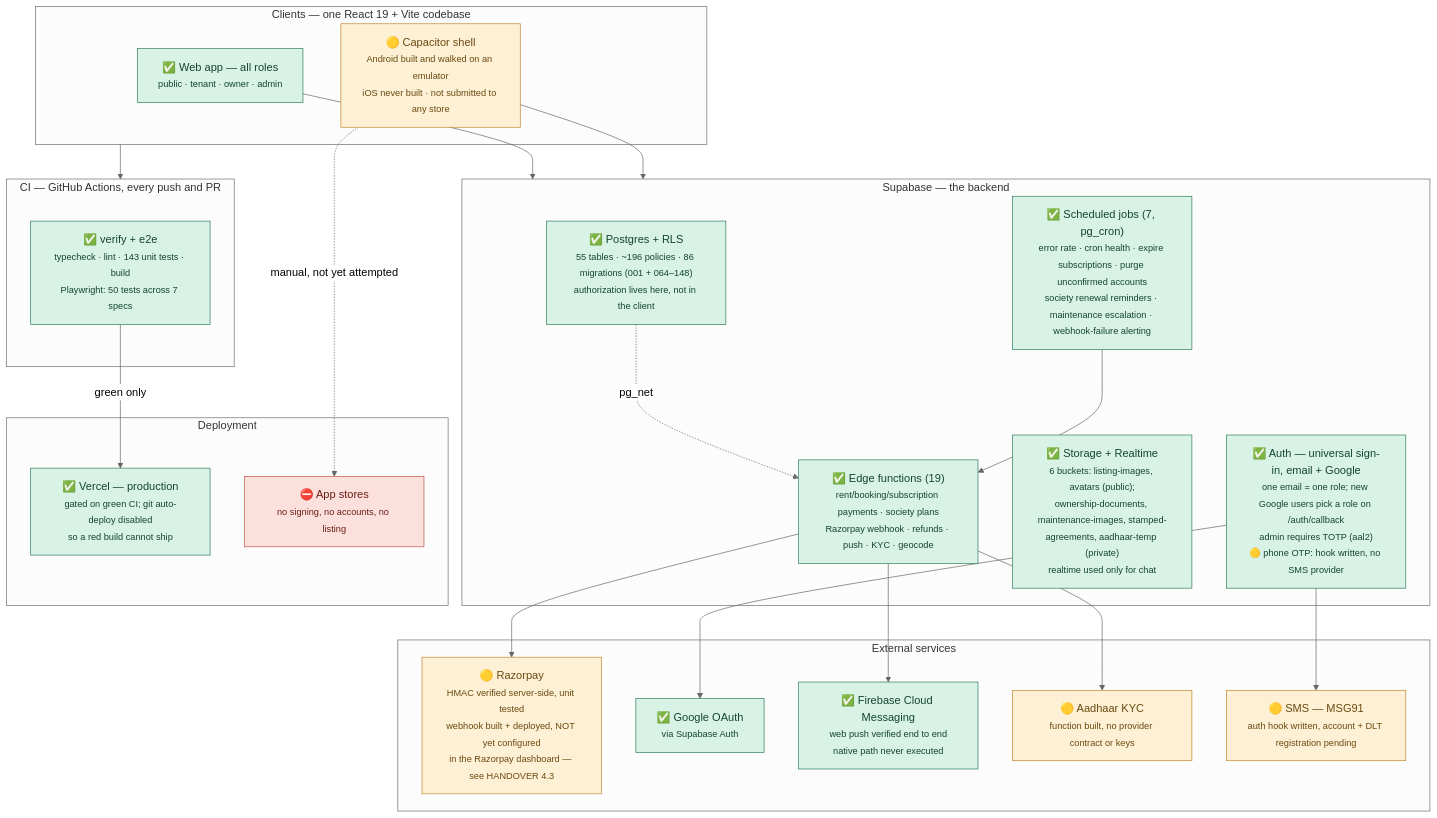
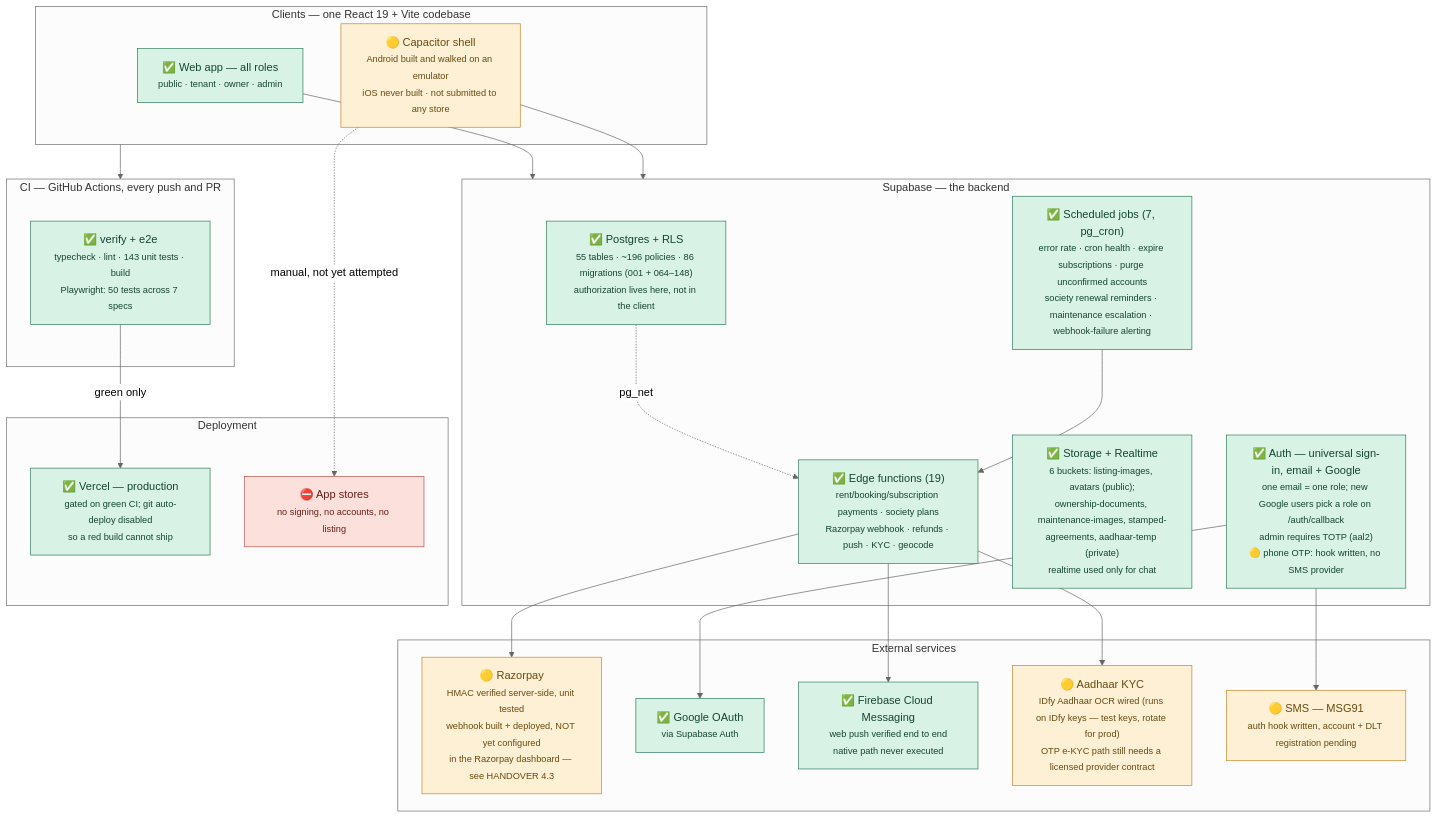
The first of 2 diagrams in ARCHITECTURE.md (skcheguri/Bhavan), drawn with Mermaid (neutral theme) before and after one commit. The commit also changed 1 other file, not shown here.

Commit message:
Docs: correct Aadhaar KYC status — IDfy OCR is wired
The ARCHITECTURE diagram and WORKFLOWS still said Aadhaar had "no provider
contract or keys" / "is not actually live". The aadhaar-verify function has
two modes: `ocr` (IDfy Aadhaar OCR — fully wired, runs once IDFY_ACCOUNT_ID
+ IDFY_API_KEY are set; works on IDfy self-serve test keys today, rotate for
prod) and `otp` (UIDAI OTP e-KYC, which still needs a licensed provider
contract). Updated both docs to say so. HANDOVER §4.3 already described this
correctly.

````diff
--- a/ARCHITECTURE.md
+++ b/ARCHITECTURE.md
@@ -9,52 +9,52 @@
 ```mermaid
 flowchart TD
   subgraph CLIENT["Clients — one React 19 + Vite codebase"]
     WEB["✅ Web app — all roles<br/><small>public · tenant · owner · admin</small>"]
     CAP["🟡 Capacitor shell<br/><small>Android built and walked on an emulator<br/>iOS never built · not submitted to any store</small>"]
   end
 
   subgraph SUPA["Supabase — the backend"]
     DB["✅ Postgres + RLS<br/><small>55 tables · ~196 policies · 86 migrations (001 + 064–148)<br/>authorization lives here, not in the client</small>"]
     AUTH["✅ Auth — universal sign-in, email + Google<br/><small>one email = one role; new Google users pick a role on /auth/callback<br/>admin requires TOTP (aal2)<br/>🟡 phone OTP: hook written, no SMS provider</small>"]
     STORE["✅ Storage + Realtime<br/><small>6 buckets: listing-images, avatars (public);<br/>ownership-documents, maintenance-images, stamped-agreements, aadhaar-temp (private)<br/>realtime used only for chat</small>"]
     FN["✅ Edge functions (19)<br/><small>rent/booking/subscription payments · society plans<br/>Razorpay webhook · refunds · push · KYC · geocode</small>"]
     CRON["✅ Scheduled jobs (7, pg_cron)<br/><small>error rate · cron health · expire subscriptions · purge unconfirmed accounts<br/>society renewal reminders · maintenance escalation · webhook-failure alerting</small>"]
   end
 
   subgraph EXT["External services"]
     RZP["🟡 Razorpay<br/><small>HMAC verified server-side, unit tested<br/>webhook built + deployed, NOT yet configured<br/>in the Razorpay dashboard — see HANDOVER 4.3</small>"]
     GOOG["✅ Google OAuth<br/><small>via Supabase Auth</small>"]
     FCM["✅ Firebase Cloud Messaging<br/><small>web push verified end to end<br/>native path never executed</small>"]
-    AADH["🟡 Aadhaar KYC<br/><small>function built, no provider contract or keys</small>"]
+    AADH["🟡 Aadhaar KYC<br/><small>IDfy Aadhaar OCR wired (runs on IDfy keys — test keys, rotate for prod)<br/>OTP e-KYC path still needs a licensed provider contract</small>"]
     SMS["🟡 SMS — MSG91<br/><small>auth hook written, account + DLT registration pending</small>"]
   end
 
   subgraph CI["CI — GitHub Actions, every push and PR"]
     GATE["✅ verify + e2e<br/><small>typecheck · lint · 143 unit tests · build<br/>Playwright: 50 tests across 7 specs</small>"]
   end
 
   subgraph DEPLOY["Deployment"]
     VERCEL["✅ Vercel — production<br/><small>gated on green CI; git auto-deploy disabled<br/>so a red build cannot ship</small>"]
     STORES["⛔ App stores<br/><small>no signing, no accounts, no listing</small>"]
   end
 
   WEB --> SUPA
   CAP --> SUPA
   DB -.->|"pg_net"| FN
   CRON --> FN
   FN --> RZP
   FN --> FCM
   FN --> AADH
   AUTH --> GOOG
   AUTH --> SMS
   CLIENT --> CI
   GATE -->|"green only"| VERCEL
   CAP -.->|"manual, not yet attempted"| STORES
 
   classDef ok fill:#d9f2e6,stroke:#2f7d5d,color:#14452f
   classDef partial fill:#fdf0d5,stroke:#c08a2e,color:#6b4a10
   classDef none fill:#fbe0dc,stroke:#c0564a,color:#6b1e16
   class WEB,DB,AUTH,STORE,FN,CRON,GOOG,FCM,GATE,VERCEL ok
   class CAP,AADH,SMS,RZP partial
   class STORES none
 ```
````
